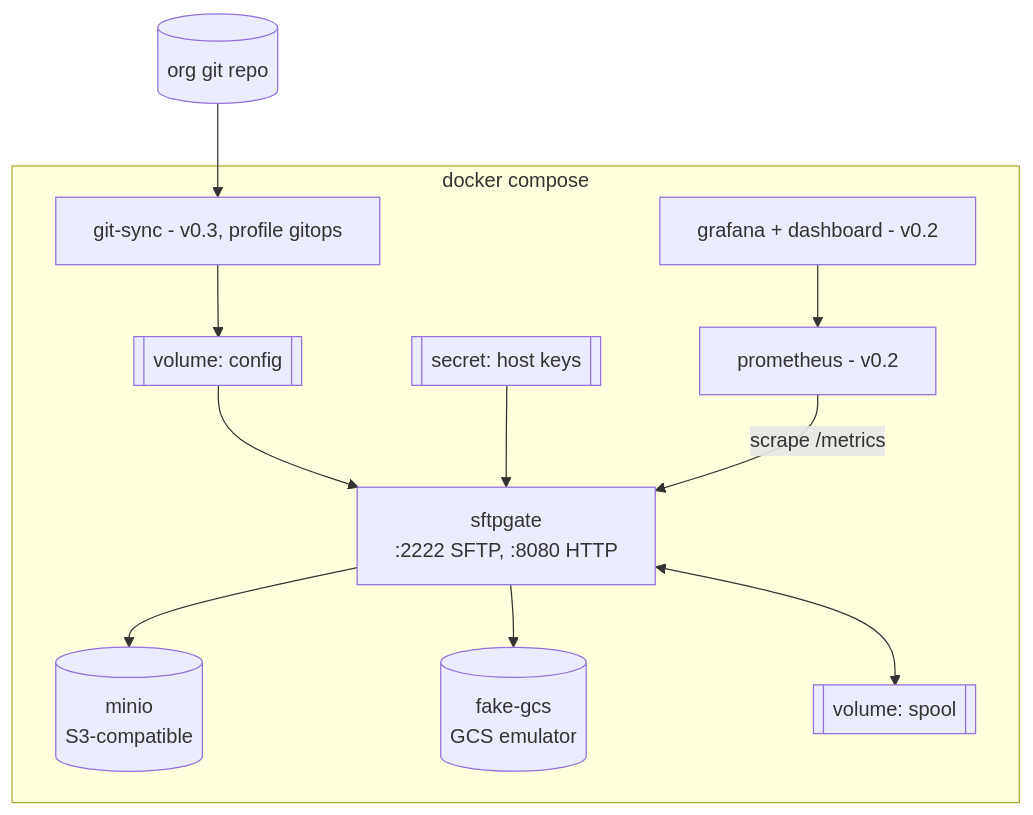
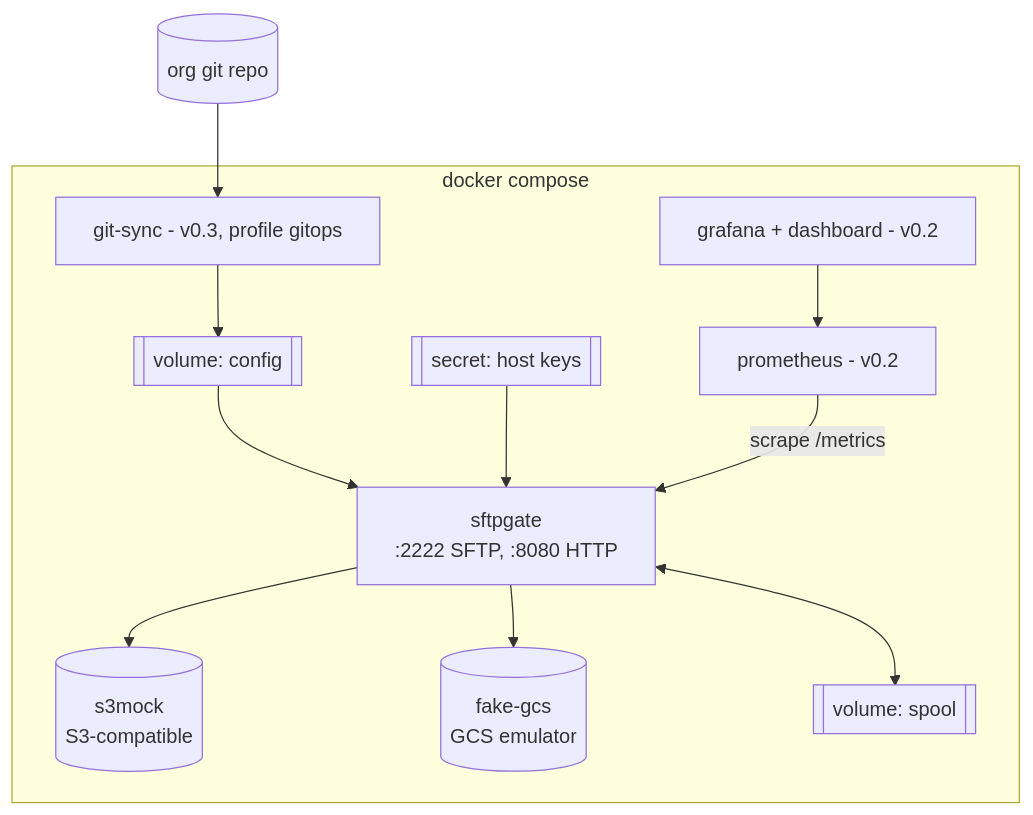
One commit to shashankpatil-dev/sftpgate changed the eighth of 13 diagrams in docs/HLD.md. Above: the diagram before and after it, drawn with Mermaid. The commit also changed other lines of this file and 6 other files, not shown here.

````diff
--- a/docs/HLD.md
+++ b/docs/HLD.md
@@ -277,22 +277,22 @@
 ```mermaid
 flowchart TB
   subgraph Compose["docker compose"]
     GW["sftpgate<br/>:2222 SFTP, :8080 HTTP"]
-    MINIO[("minio<br/>S3-compatible")]
+    S3M[("s3mock<br/>S3-compatible")]
     FGCS[("fake-gcs<br/>GCS emulator")]
     PROM["prometheus - v0.2"]
     GRAF["grafana + dashboard - v0.2"]
     GS["git-sync - v0.3, profile gitops"]
     VS[["volume: spool"]]
     VC[["volume: config"]]
     VK[["secret: host keys"]]
   end
   REPO[("org git repo")] --> GS
   GS --> VC --> GW
   VK --> GW
   GW <--> VS
-  GW --> MINIO
+  GW --> S3M
   GW --> FGCS
   PROM -->|"scrape /metrics"| GW
   GRAF --> PROM
 ```
````
